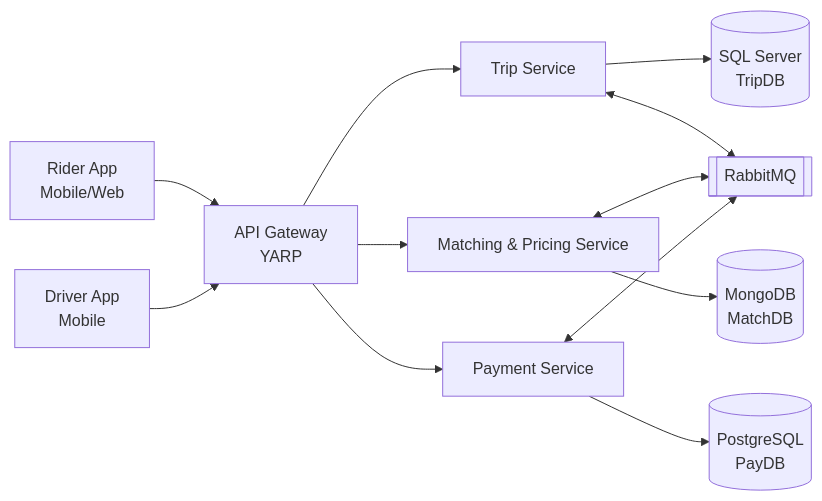
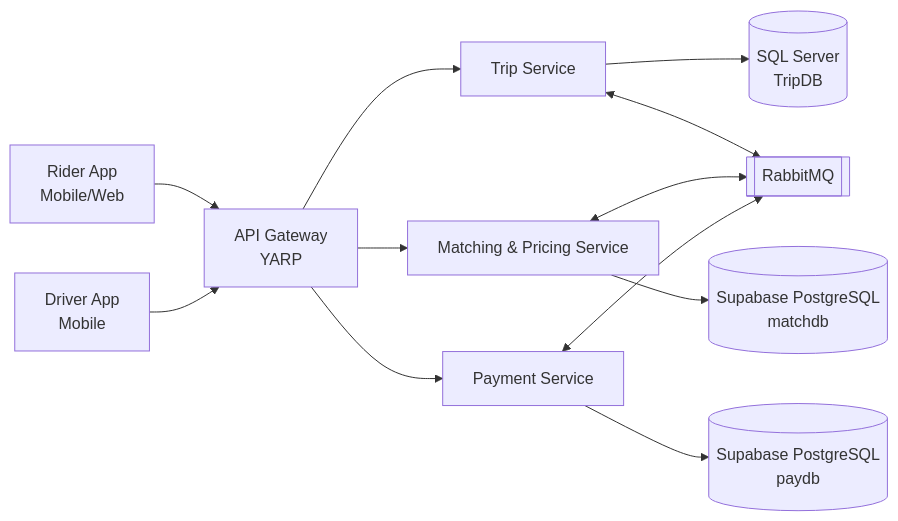
Before and after one commit to HoL0ngg/SwiftRide: the first of 2 diagrams in docs/requirements.md, drawn with Mermaid. The commit also changed other lines of this file and 61 other files, not shown here.

````diff
--- a/docs/requirements.md
+++ b/docs/requirements.md
@@ -192,32 +192,32 @@
 ```mermaid
 flowchart LR
     Rider["Rider App<br/>Mobile/Web"]
     Driver["Driver App<br/>Mobile"]
 
     Gateway["API Gateway<br/>YARP"]
 
     Trip["Trip Service"]
     Match["Matching & Pricing Service"]
     Payment["Payment Service"]
 
     TripDB[("SQL Server<br/>TripDB")]
-    MatchDB[("MongoDB<br/>MatchDB")]
-    PayDB[("PostgreSQL<br/>PayDB")]
+    MatchDB[("Supabase PostgreSQL<br/>matchdb")]
+    PayDB[("Supabase PostgreSQL<br/>paydb")]
 
     MQ[["RabbitMQ"]]
 
     Rider --> Gateway
     Driver --> Gateway
 
     Gateway --> Trip
     Gateway --> Match
     Gateway --> Payment
 
     Trip --> TripDB
     Match --> MatchDB
     Payment --> PayDB
 
     Trip <--> MQ
     Match <--> MQ
     Payment <--> MQ
 ```
````
